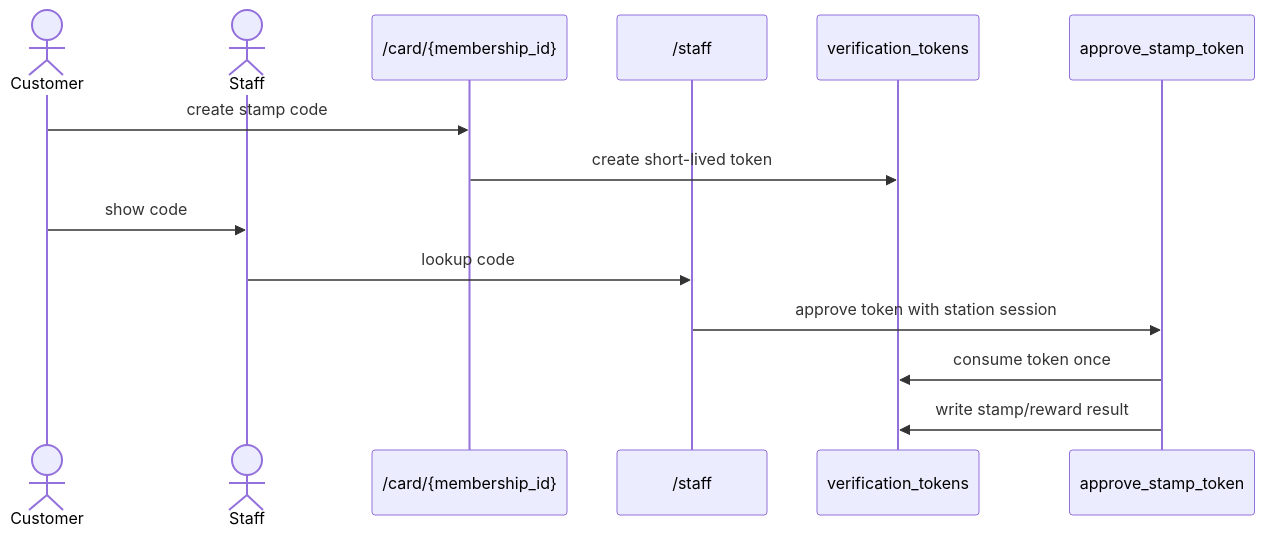
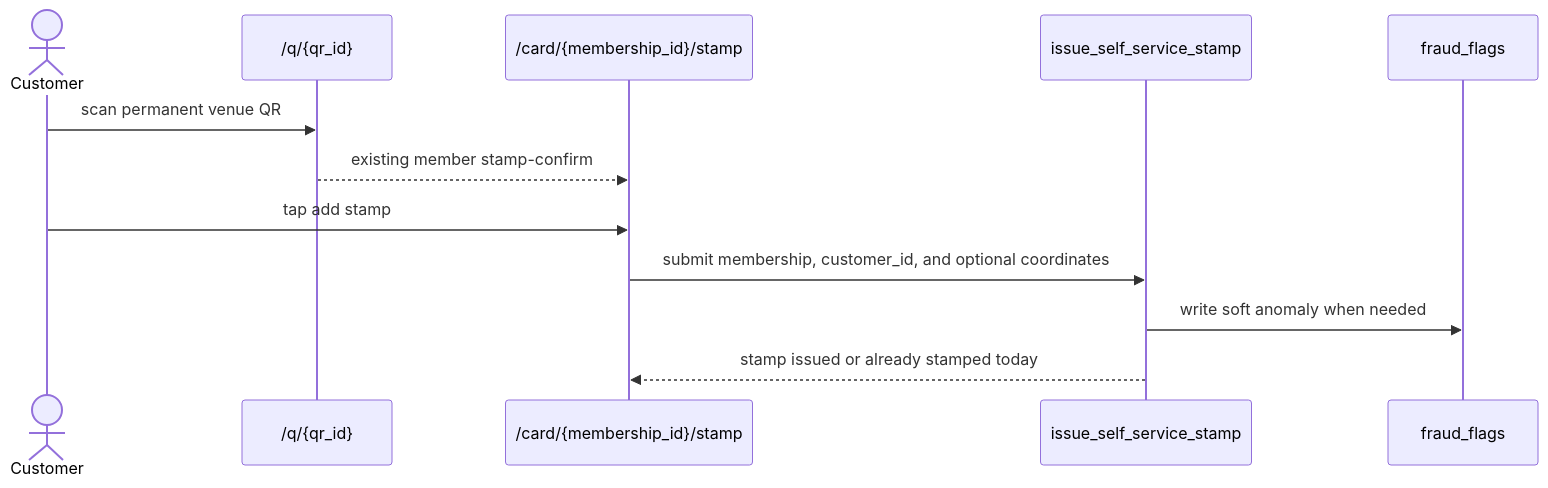
One commit to lapeninns/nabaperks changed the fourth of 5 diagrams in docs/ARCHITECTURE.md. Above: the diagram before and after it, drawn with Mermaid. The commit also changed other lines of this file and 219 other files, not shown here.

````diff
--- a/docs/ARCHITECTURE.md
+++ b/docs/ARCHITECTURE.md
@@ -167,16 +139,14 @@
 ```mermaid
 sequenceDiagram
   actor Customer
-  actor Staff
-  participant Card as /card/{membership_id}
-  participant Station as /staff
-  participant Token as verification_tokens
-  participant RPC as approve_stamp_token
-  Customer->>Card: create stamp code
-  Card->>Token: create short-lived token
-  Customer->>Staff: show code
-  Staff->>Station: lookup code
-  Station->>RPC: approve token with station session
-  RPC->>Token: consume token once
-  RPC->>Token: write stamp/reward result
+  participant QR as /q/{qr_id}
+  participant Stamp as /card/{membership_id}/stamp
+  participant RPC as issue_self_service_stamp
+  participant Flags as fraud_flags
+  Customer->>QR: scan permanent venue QR
+  QR-->>Stamp: existing member stamp-confirm
+  Customer->>Stamp: tap add stamp
+  Stamp->>RPC: submit membership, customer_id, and optional coordinates
+  RPC->>Flags: write soft anomaly when needed
+  RPC-->>Stamp: stamp issued or already stamped today
 ```
````
